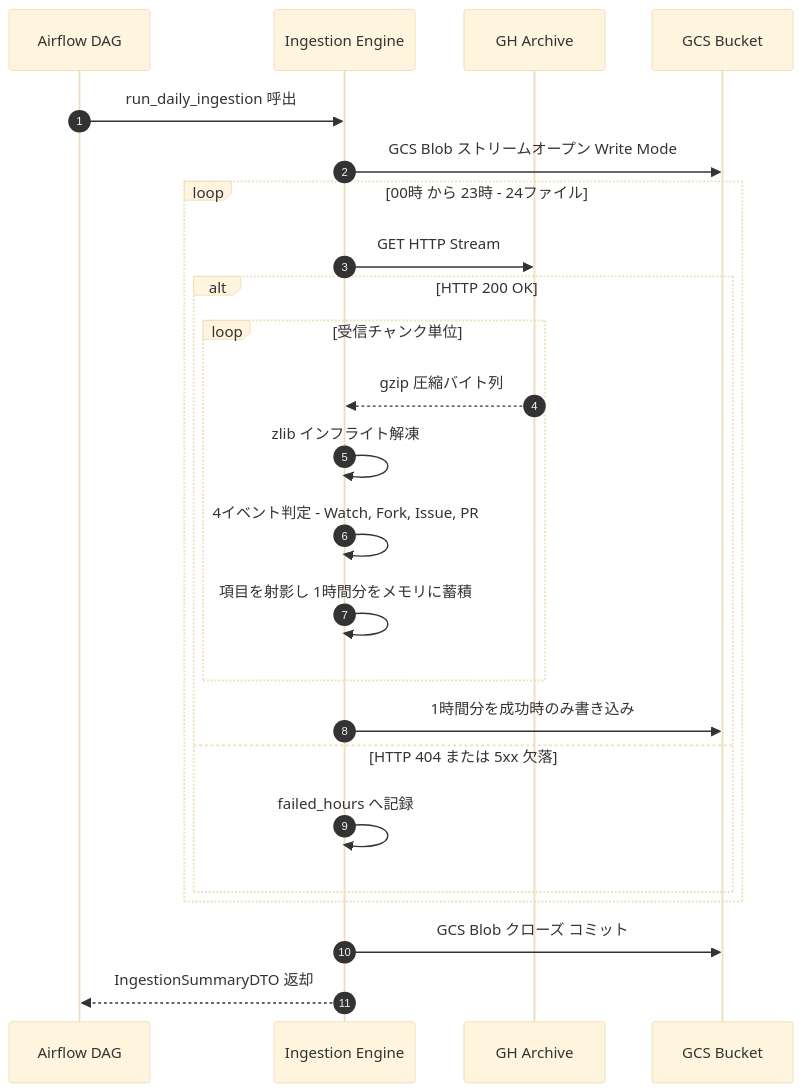
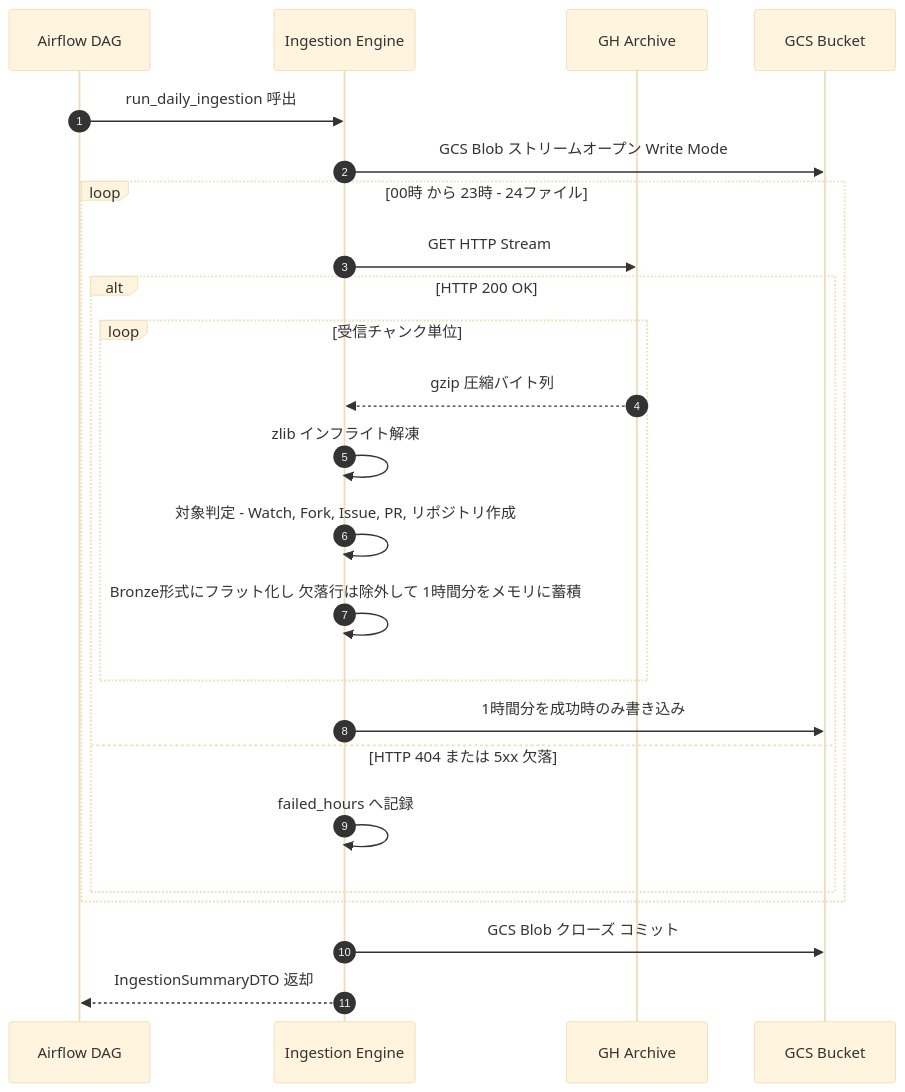
One commit to xzyozi/gh-archive-lakehouse changed the diagram in docs/design/DD-001_Ingestionエンジン詳細設計書.md. Above: the diagram before and after it, drawn with Mermaid (base theme). The commit also changed other lines of this file and 5 other files, not shown here.

````diff
--- a/docs/design/DD-001_Ingestionエンジン詳細設計書.md
+++ b/docs/design/DD-001_Ingestionエンジン詳細設計書.md
@@ -131,29 +134,29 @@
 ```mermaid
 sequenceDiagram
     autonumber
     participant Airflow as Airflow DAG
     participant Engine as Ingestion Engine
     participant GHA as GH Archive
     participant GCS as GCS Bucket
 
     Airflow ->> Engine: run_daily_ingestion 呼出
     Engine ->> GCS: GCS Blob ストリームオープン Write Mode
     
     loop 00時 から 23時 - 24ファイル
         Engine ->> GHA: GET HTTP Stream
         alt HTTP 200 OK
             loop 受信チャンク単位
                 GHA -->> Engine: gzip 圧縮バイト列
                 Engine ->> Engine: zlib インフライト解凍
-                Engine ->> Engine: 4イベント判定 - Watch, Fork, Issue, PR
-                Engine ->> Engine: 項目を射影し 1時間分をメモリに蓄積
+                Engine ->> Engine: 対象判定 - Watch, Fork, Issue, PR, リポジトリ作成
+                Engine ->> Engine: Bronze形式にフラット化し 欠落行は除外して 1時間分をメモリに蓄積
             end
             Engine ->> GCS: 1時間分を成功時のみ書き込み
         else HTTP 404 または 5xx 欠落
             Engine ->> Engine: failed_hours へ記録
         end
     end
 
     Engine ->> GCS: GCS Blob クローズ コミット
     Engine -->> Airflow: IngestionSummaryDTO 返却
 ```
````
